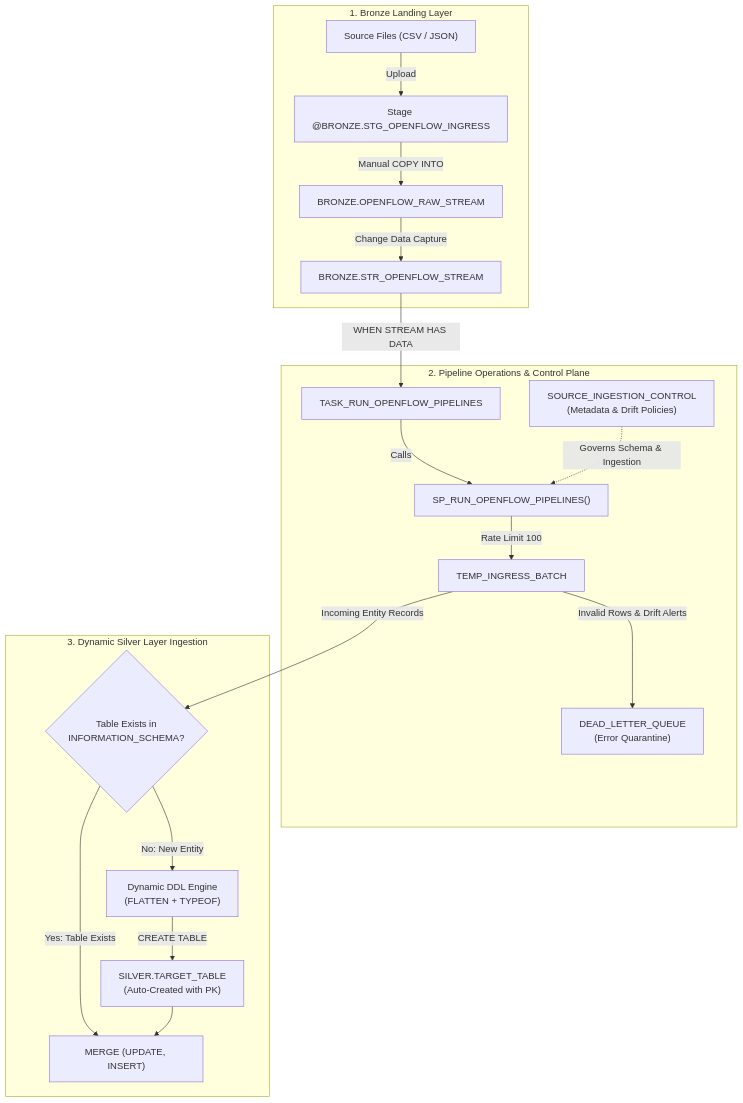
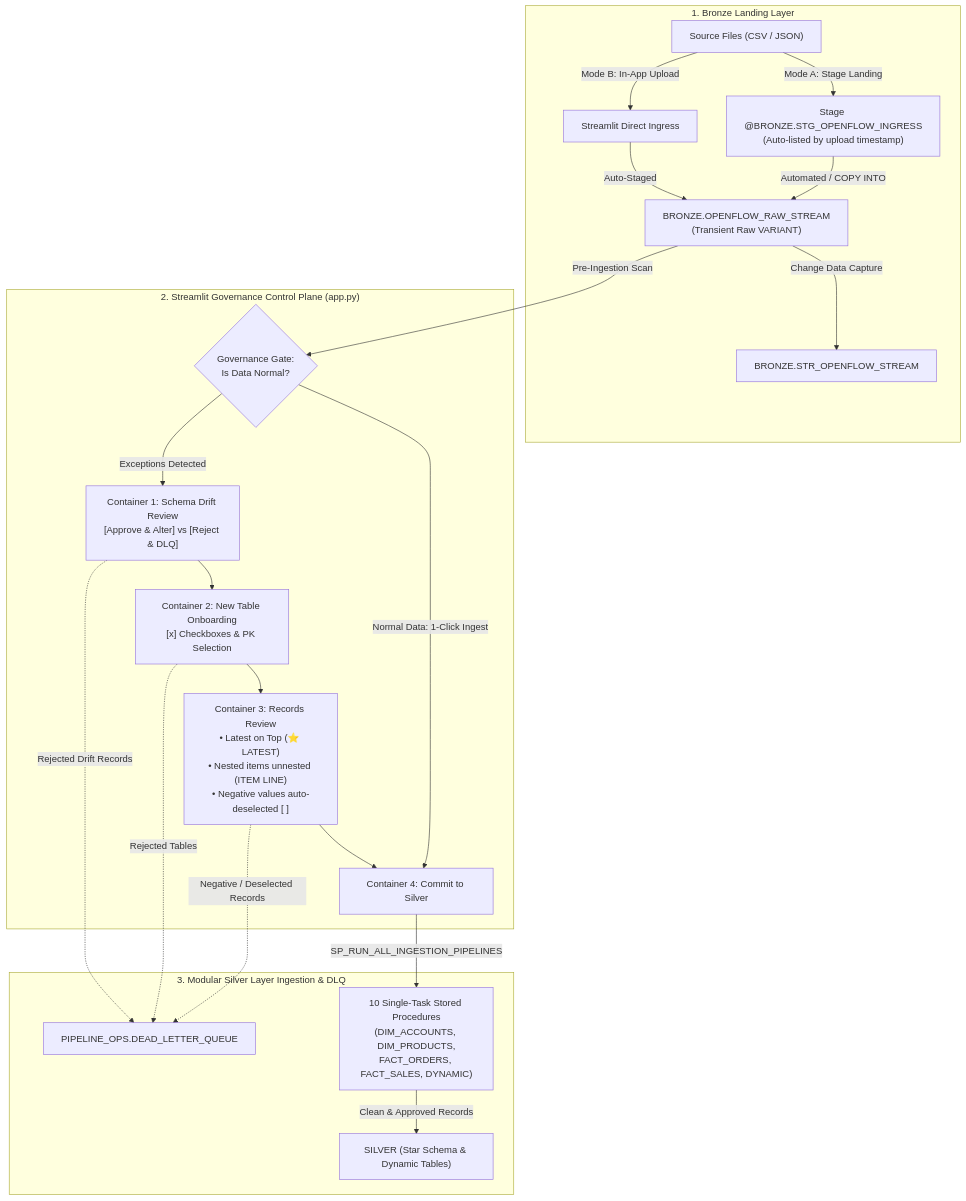
The first of 3 diagrams in Data_integration_design_document.md (Nitheesh-542072/Snowflake_Training), drawn with Mermaid before and after one commit. The commit also changed other lines of this file, not shown here.

````diff
--- a/Data_integration_design_document.md
+++ b/Data_integration_design_document.md
@@ -30,25 +30,27 @@
 ```mermaid
 flowchart TD
     subgraph S1 ["1. Bronze Landing Layer"]
-        CSV["Source Files (CSV / JSON)"] -->|Upload| STG["Stage @BRONZE.STG_OPENFLOW_INGRESS"]
-        STG -->|Manual COPY INTO| RAW["BRONZE.OPENFLOW_RAW_STREAM"]
+        SRC["Source Files (CSV / JSON)"] -->|Mode A: Stage Landing| STG["Stage @BRONZE.STG_OPENFLOW_INGRESS<br>(Auto-listed by upload timestamp)"]
+        SRC -->|Mode B: In-App Upload| UI_UP["Streamlit Direct Ingress"]
+        STG -->|Automated / COPY INTO| RAW["BRONZE.OPENFLOW_RAW_STREAM<br>(Transient Raw VARIANT)"]
+        UI_UP -->|Auto-Staged| RAW
         RAW -->|Change Data Capture| STR["BRONZE.STR_OPENFLOW_STREAM"]
     end
 
-    subgraph S2 ["2. Pipeline Operations & Control Plane"]
-        STR -->|"WHEN STREAM HAS DATA"| TSK["TASK_RUN_OPENFLOW_PIPELINES"]
-        TSK -->|Calls| SP["SP_RUN_OPENFLOW_PIPELINES()"]
-        SP -->|Rate Limit 100| TMP["TEMP_INGRESS_BATCH"]
-        
-        SIC["SOURCE_INGESTION_CONTROL<br>(Metadata & Drift Policies)"] -.->|Governs Schema & Ingestion| SP
-        TMP -->|Invalid Rows & Drift Alerts| DLQ["DEAD_LETTER_QUEUE<br>(Error Quarantine)"]
+    subgraph S2 ["2. Streamlit Governance Control Plane (app.py)"]
+        RAW -->|Pre-Ingestion Scan| UI_GATE{"Governance Gate:<br>Is Data Normal?"}
+        UI_GATE -->|Normal Data: 1-Click Ingest| C4["Container 4: Commit to Silver"]
+        UI_GATE -->|Exceptions Detected| C1["Container 1: Schema Drift Review<br>[Approve & Alter] vs [Reject & DLQ]"]
+        C1 --> C2["Container 2: New Table Onboarding<br>[x] Checkboxes & PK Selection"]
+        C2 --> C3["Container 3: Records Review<br>• Latest on Top (⭐ LATEST)<br>• Nested items unnested (ITEM LINE)<br>• Negative values auto-deselected [ ]"]
+        C3 --> C4
     end
 
-    subgraph S3 ["3. Dynamic Silver Layer Ingestion"]
-        TMP -->|Incoming Entity Records| CHK{"Table Exists in<br>INFORMATION_SCHEMA?"}
-        CHK -->|No: New Entity| DDL["Dynamic DDL Engine<br>(FLATTEN + TYPEOF)"]
-        DDL -->|CREATE TABLE| TBL["SILVER.TARGET_TABLE<br>(Auto-Created with PK)"]
-        CHK -->|Yes: Table Exists| MRG["MERGE (UPDATE, INSERT)"]
-        TBL --> MRG
+    subgraph S3 ["3. Modular Silver Layer Ingestion & DLQ"]
+        C4 -->|SP_RUN_ALL_INGESTION_PIPELINES| PROC["10 Single-Task Stored Procedures<br>(DIM_ACCOUNTS, DIM_PRODUCTS,<br>FACT_ORDERS, FACT_SALES, DYNAMIC)"]
+        PROC -->|Clean & Approved Records| TBL["SILVER (Star Schema & Dynamic Tables)"]
+        C1 -.->|Rejected Drift Records| DLQ["PIPELINE_OPS.DEAD_LETTER_QUEUE"]
+        C2 -.->|Rejected Tables| DLQ
+        C3 -.->|Negative / Deselected Records| DLQ
     end
 ```
````
